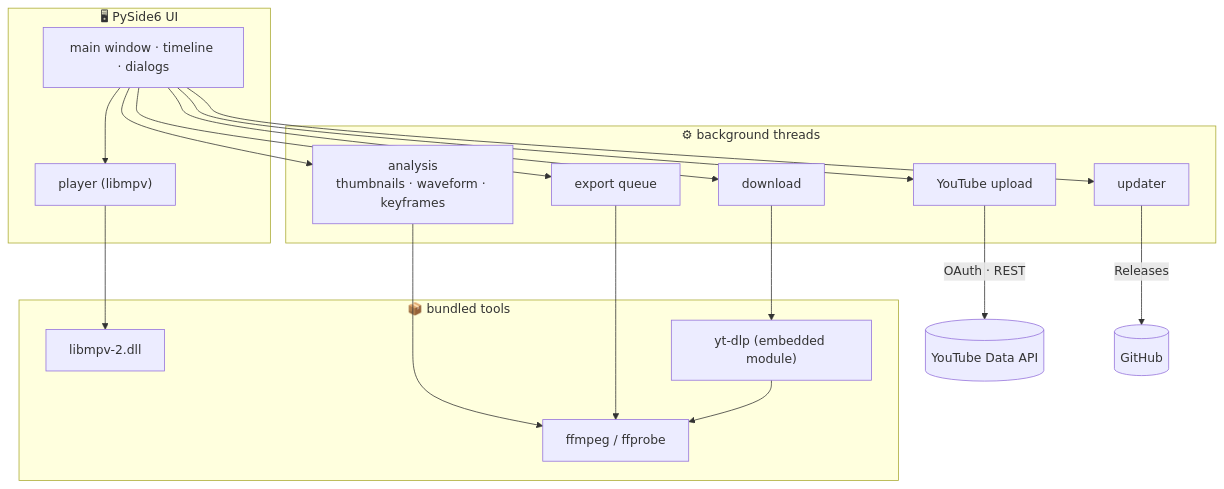
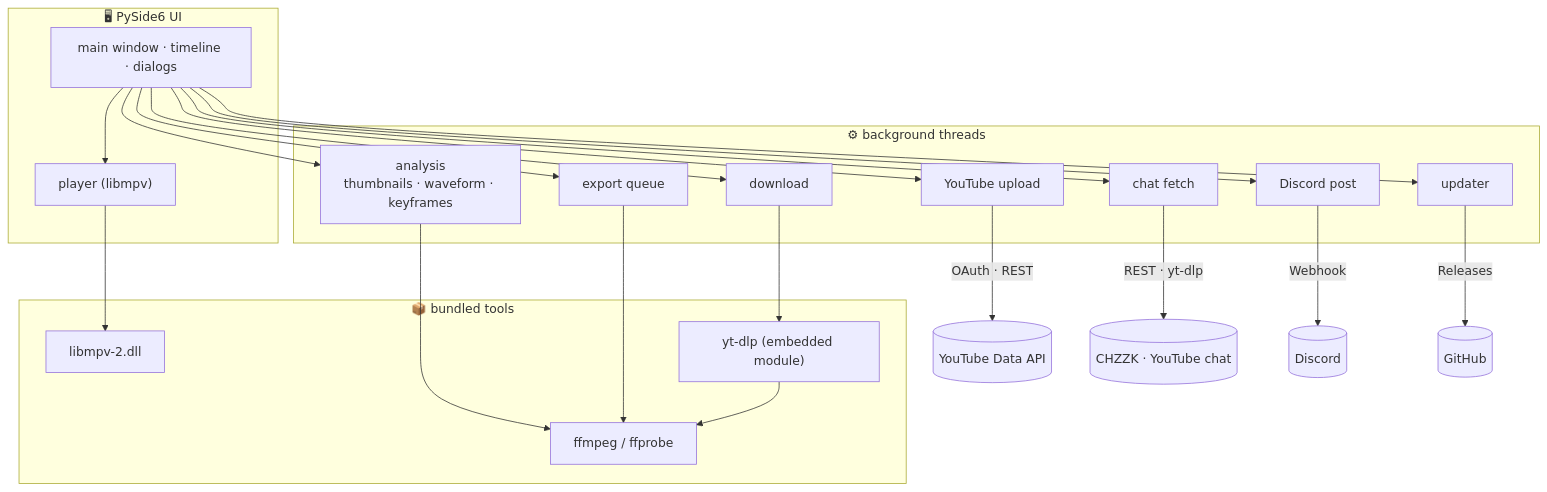
Before and after one commit to vtubeadmirer/clipslicer: the second of 2 diagrams in README.en.md, drawn with Mermaid. The commit also changed other lines of this file and 36 other files, not shown here.

````diff
--- a/README.en.md
+++ b/README.en.md
@@ -102,25 +120,29 @@
 ```mermaid
 flowchart TB
     subgraph UI["🖥 PySide6 UI"]
         MW["main window · timeline · dialogs"]
         PL["player (libmpv)"]
     end
     subgraph BG["⚙ background threads"]
         AN["analysis<br/>thumbnails · waveform · keyframes"]
         EX["export queue"]
         DL["download"]
         UP["YouTube upload"]
+        CH["chat fetch"]
+        DC["Discord post"]
         UD["updater"]
     end
     subgraph EXT["📦 bundled tools"]
         FF["ffmpeg / ffprobe"]
         MPV["libmpv-2.dll"]
         YD["yt-dlp (embedded module)"]
     end
-    MW --> AN & EX & DL & UP & UD
+    MW --> AN & EX & DL & UP & CH & DC & UD
     MW --> PL --> MPV
     AN & EX --> FF
     DL --> YD --> FF
     UP -->|OAuth · REST| YT[("YouTube Data API")]
+    CH -->|REST · yt-dlp| CZ[("CHZZK · YouTube chat")]
+    DC -->|Webhook| DS[("Discord")]
     UD -->|Releases| GH[("GitHub")]
 ```
````
